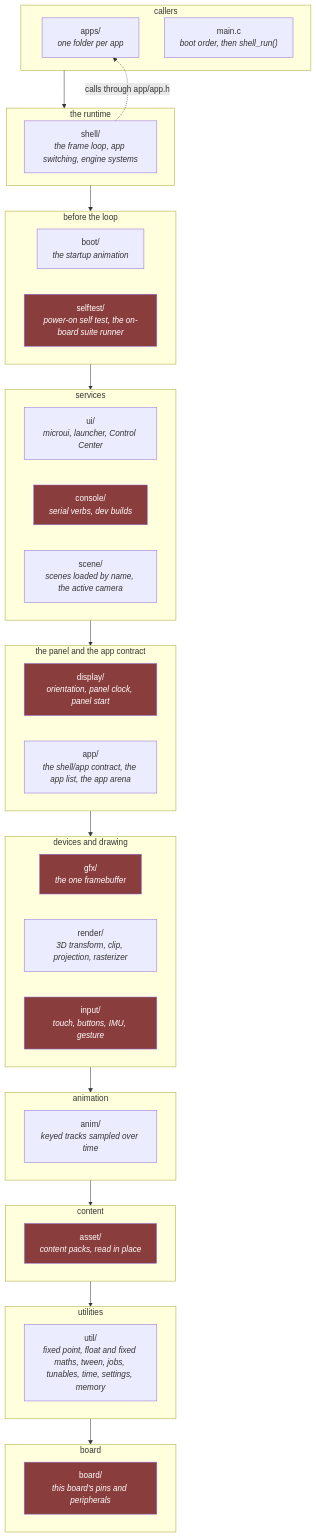
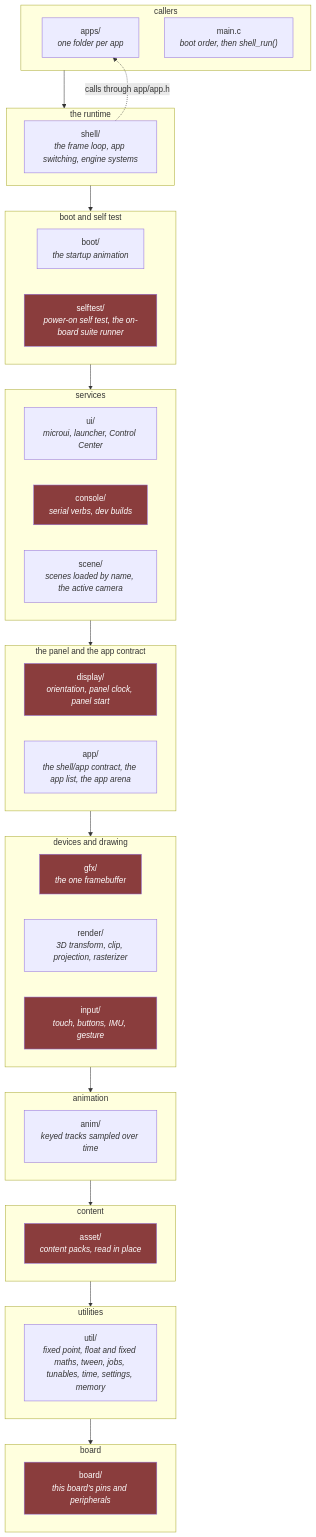
Before and after one commit to jose-villegas/autana: the first of 4 diagrams in docs/Firmware-Architecture.md, drawn with Mermaid. The commit also changed other lines of this file and 9 other files, not shown here.

````diff
--- a/docs/Firmware-Architecture.md
+++ b/docs/Firmware-Architecture.md
@@ -46,45 +47,45 @@
 ```mermaid
 flowchart TB
     classDef hw fill:#8a3d3d,color:#fff
 
     subgraph R1["callers"]
         Apps["apps/<br/><i>one folder per app</i>"]
         Main["main.c<br/><i>boot order, then shell_run()</i>"]
     end
     subgraph R2["the runtime"]
         Shell["shell/<br/><i>the frame loop, app switching, engine systems</i>"]
     end
-    subgraph R3["before the loop"]
+    subgraph R3["boot and self test"]
         Boot["boot/<br/><i>the startup animation</i>"]
         Selftest["selftest/<br/><i>power-on self test, the on-board suite runner</i>"]:::hw
     end
     subgraph R4["services"]
         Ui["ui/<br/><i>microui, launcher, Control Center</i>"]
         Console["console/<br/><i>serial verbs, dev builds</i>"]:::hw
         Scene["scene/<br/><i>scenes loaded by name, the active camera</i>"]
     end
     subgraph R5["the panel and the app contract"]
         Display["display/<br/><i>orientation, panel clock, panel start</i>"]:::hw
         App["app/<br/><i>the shell/app contract, the app list, the app arena</i>"]
     end
     subgraph R6["devices and drawing"]
         Gfx["gfx/<br/><i>the one framebuffer</i>"]:::hw
         Render["render/<br/><i>3D transform, clip, projection, rasterizer</i>"]
         Input["input/<br/><i>touch, buttons, IMU, gesture</i>"]:::hw
     end
     subgraph R7["animation"]
         Anim["anim/<br/><i>keyed tracks sampled over time</i>"]
     end
     subgraph R8["content"]
         Asset["asset/<br/><i>content packs, read in place</i>"]:::hw
     end
     subgraph R9["utilities"]
         Util["util/<br/><i>fixed point, float and fixed maths, tween, jobs, tunables, time, settings, memory</i>"]
     end
     subgraph R10["board"]
         Board["board/<br/><i>this board's pins and peripherals</i>"]:::hw
     end
 
     R1 --> R2 --> R3 --> R4 --> R5 --> R6 --> R7 --> R8 --> R9 --> R10
     Shell -.->|"calls through app/app.h"| Apps
 ```
````
